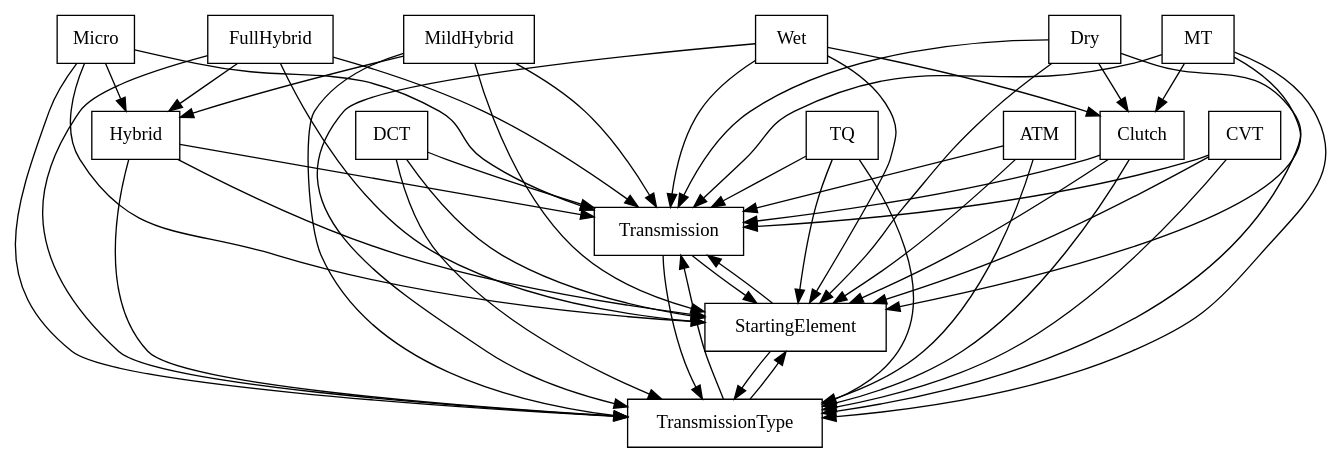
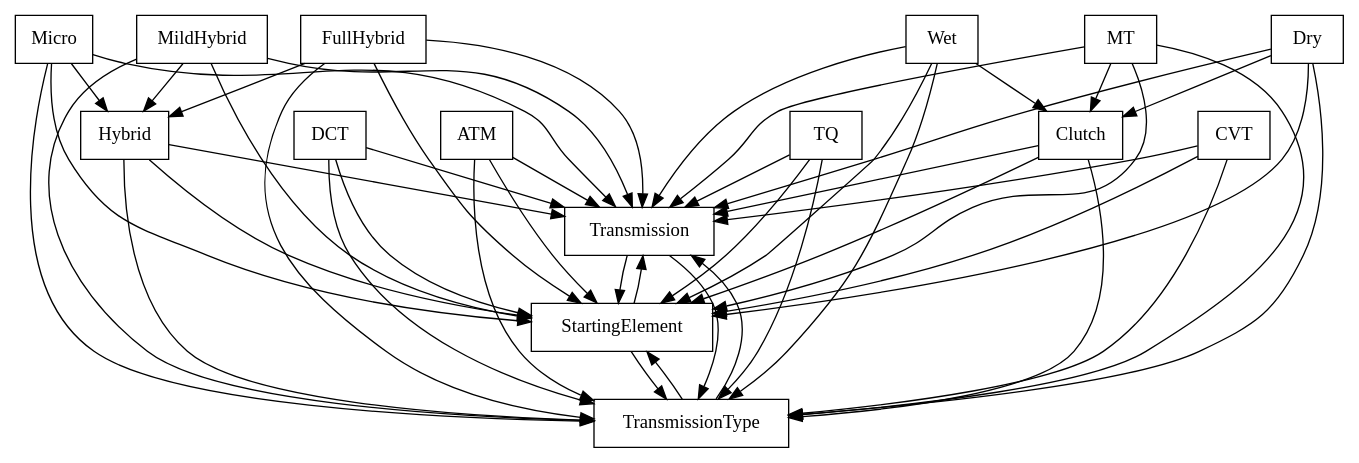
One commit to FAMILIAR-project/familiar-language changed the diagram in FAMILIAR/output/SPLOT-big/fm_121_model_20111220_1184087779.xml.dot. Above: the diagram before and after it, drawn with Graphviz. The commit also changed 1259 other files, not shown here.

```diff
--- a/FAMILIAR/output/SPLOT-big/fm_121_model_20111220_1184087779.xml.dot
+++ b/FAMILIAR/output/SPLOT-big/fm_121_model_20111220_1184087779.xml.dot
@@ -1,68 +1,68 @@
 digraph{
 graph [rankdir=TB];
 node [shape=box];
 edge [arrowhead=normal];
 0[label="Wet",]
 1[label="Transmission",]
 2[label="MildHybrid",]
 3[label="StartingElement",]
-4[label="FullHybrid",]
-5[label="Hybrid",]
-6[label="TQ",]
-7[label="MT",]
-8[label="ATM",]
+4[label="Hybrid",]
+5[label="FullHybrid",]
+6[label="ATM",]
+7[label="TQ",]
+8[label="MT",]
 9[label="DCT",]
 10[label="TransmissionType",]
 11[label="Clutch",]
 12[label="Micro",]
 13[label="CVT",]
 14[label="Dry",]
 0->1[label="",]
 0->3[label="",]
 0->10[label="",]
 0->11[label="",]
 1->3[label="",]
 1->10[label="",]
 2->1[label="",]
 2->3[label="",]
-2->5[label="",]
+2->4[label="",]
 2->10[label="",]
 3->1[label="",]
 3->10[label="",]
 4->1[label="",]
 4->3[label="",]
-4->5[label="",]
 4->10[label="",]
 5->1[label="",]
 5->3[label="",]
+5->4[label="",]
 5->10[label="",]
 6->1[label="",]
 6->3[label="",]
 6->10[label="",]
 7->1[label="",]
 7->3[label="",]
 7->10[label="",]
-7->11[label="",]
 8->1[label="",]
 8->3[label="",]
 8->10[label="",]
+8->11[label="",]
 9->1[label="",]
 9->3[label="",]
 9->10[label="",]
 10->1[label="",]
 10->3[label="",]
 11->1[label="",]
 11->3[label="",]
 11->10[label="",]
 12->1[label="",]
 12->3[label="",]
-12->5[label="",]
+12->4[label="",]
 12->10[label="",]
 13->1[label="",]
 13->3[label="",]
 13->10[label="",]
 14->1[label="",]
 14->3[label="",]
 14->10[label="",]
 14->11[label="",]
 }
```
